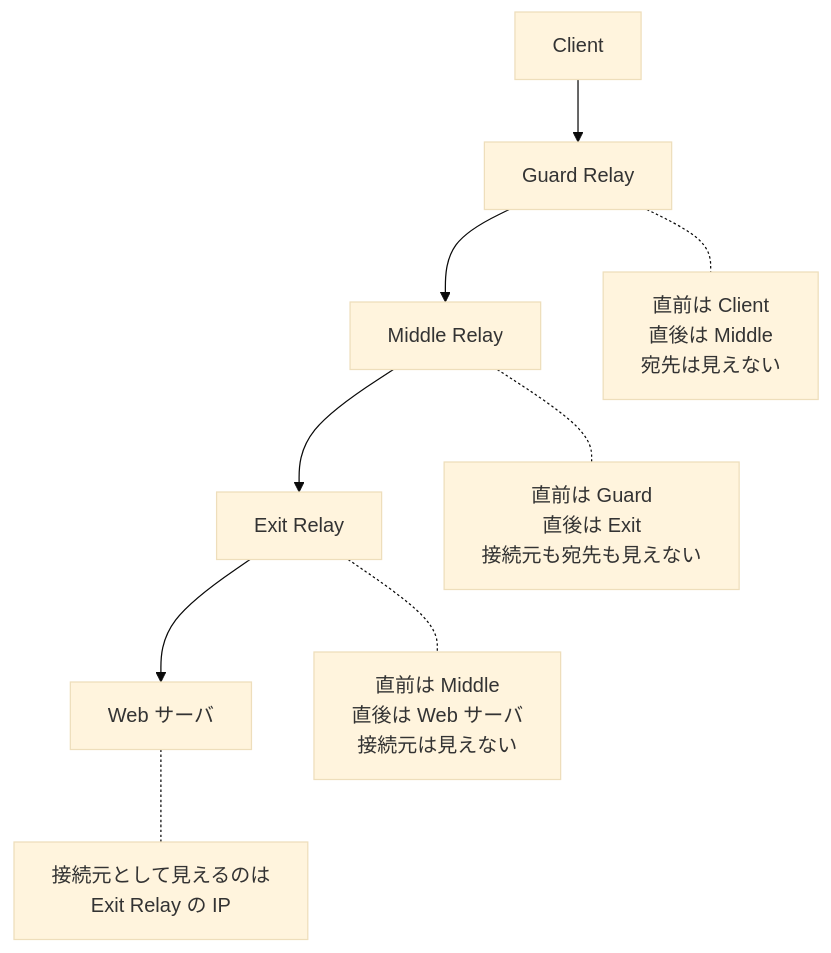
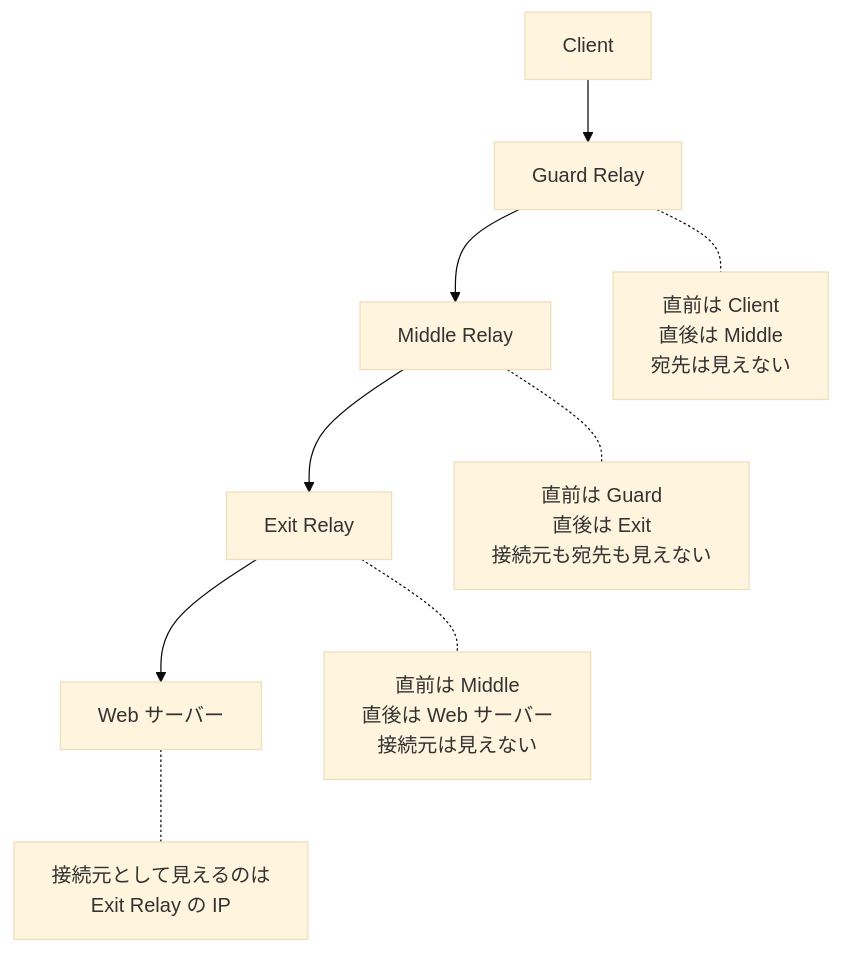
One commit to nao1215/debimate changed the third of 7 diagrams in content/notes/security/tor/index.md. Above: the diagram before and after it, drawn with Mermaid (base theme). The commit also changed other lines of this file and 56 other files, not shown here.

````diff
--- a/content/notes/security/tor/index.md
+++ b/content/notes/security/tor/index.md
@@ -76,8 +76,8 @@
 ```mermaid
 flowchart TB
-    C["Client"] --> G["Guard Relay"] --> M["Middle Relay"] --> E["Exit Relay"] --> W["Web サーバ"]
+    C["Client"] --> G["Guard Relay"] --> M["Middle Relay"] --> E["Exit Relay"] --> W["Web サーバー"]
     G -.- GN["直前は Client<br/>直後は Middle<br/>宛先は見えない"]
     M -.- MN["直前は Guard<br/>直後は Exit<br/>接続元も宛先も見えない"]
-    E -.- EN["直前は Middle<br/>直後は Web サーバ<br/>接続元は見えない"]
+    E -.- EN["直前は Middle<br/>直後は Web サーバー<br/>接続元は見えない"]
     W -.- WN["接続元として見えるのは<br/>Exit Relay の IP"]
 ```
````
